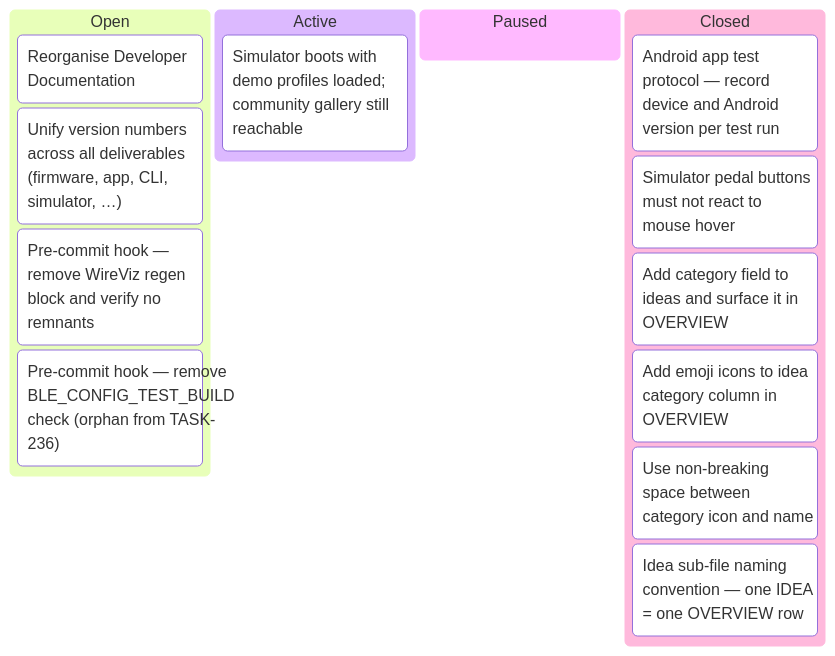
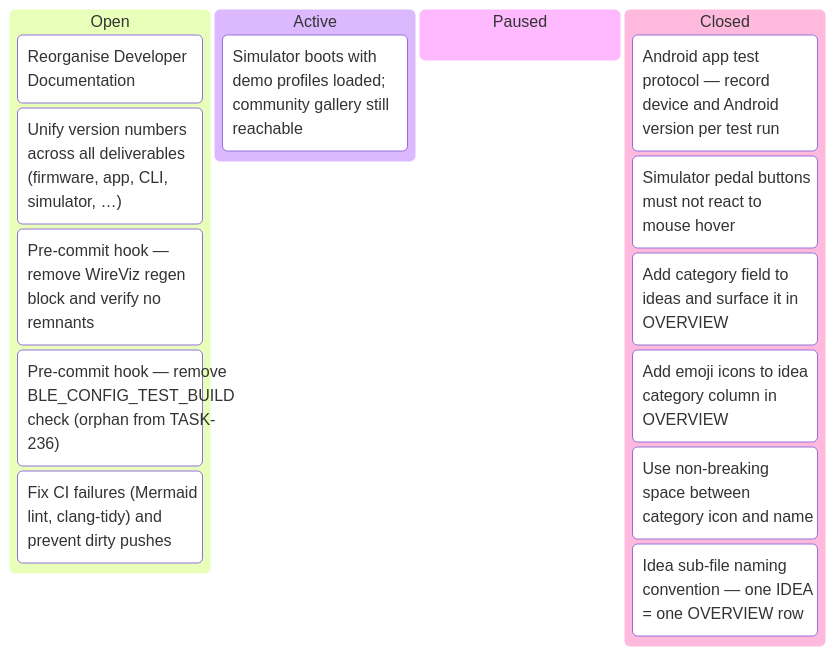
The fifth of 5 diagrams in docs/developers/tasks/KANBAN.md (tgd1975/AwesomeStudioPedal), drawn with Mermaid before and after one commit. The commit also changed other lines of this file and 3 other files, not shown here.

First line of the commit message:
TASK-321: scaffold task to fix CI failures (Mermaid lint, clang-tidy) and prevent dirty pushes

````diff
--- a/docs/developers/tasks/KANBAN.md
+++ b/docs/developers/tasks/KANBAN.md
@@ -73,18 +73,19 @@
 ```mermaid
 kanban
   Open
     TASK_148["Reorganise Developer Documentation"]
     TASK_260["Unify version numbers across all deliverables (firmware, app, CLI, simulator, …)"]
     TASK_319["Pre-commit hook — remove WireViz regen block and verify no remnants"]
     TASK_320["Pre-commit hook — remove BLE_CONFIG_TEST_BUILD check (orphan from TASK-236)"]
+    TASK_321["Fix CI failures (Mermaid lint, clang-tidy) and prevent dirty pushes"]
   Active
     TASK_303["Simulator boots with demo profiles loaded; community gallery still reachable"]
   Paused
   Closed
     TASK_259["Android app test protocol — record device and Android version per test run"]
     TASK_304["Simulator pedal buttons must not react to mouse hover"]
     TASK_305["Add category field to ideas and surface it in OVERVIEW"]
     TASK_313["Add emoji icons to idea category column in OVERVIEW"]
     TASK_314["Use non-breaking space between category icon and name"]
     TASK_315["Idea sub-file naming convention — one IDEA = one OVERVIEW row"]
 ```
````
